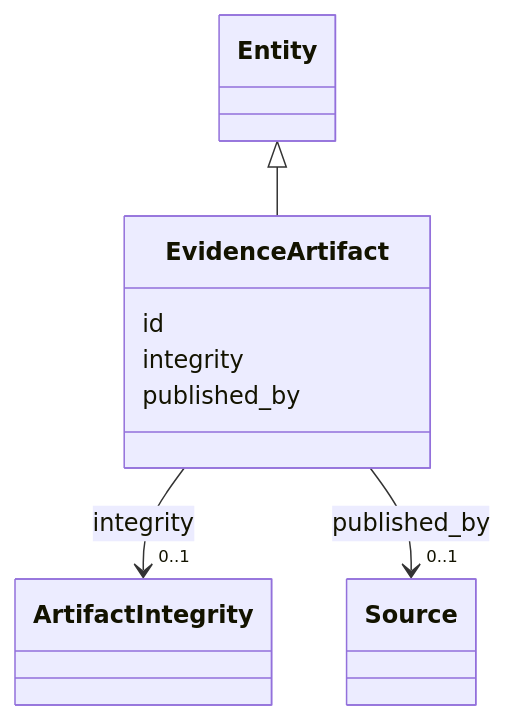
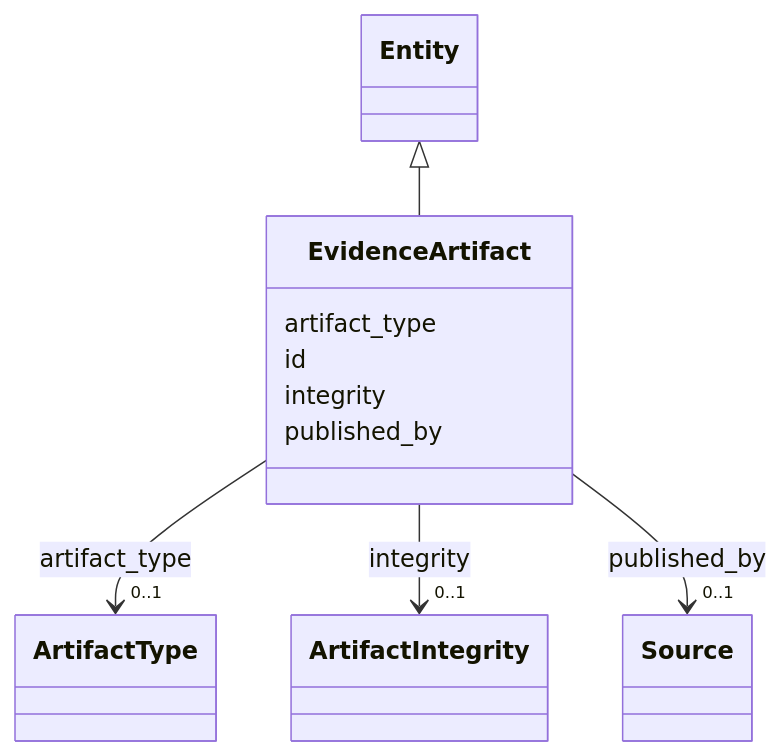
Before and after one commit to SteveVitali/Eleutheria: the diagram in ontology/generated/docs/classes/EvidenceArtifact.md, drawn with Mermaid. The commit also changed other lines of this file and 22 other files, not shown here.

````diff
--- a/ontology/generated/docs/classes/EvidenceArtifact.md
+++ b/ontology/generated/docs/classes/EvidenceArtifact.md
@@ -23,33 +23,44 @@
 ```mermaid
  classDiagram
     class EvidenceArtifact
     click EvidenceArtifact href "../../classes/EvidenceArtifact/"
       Entity <|-- EvidenceArtifact
         click Entity href "../../classes/Entity/"
       
+      EvidenceArtifact : artifact_type
+        
+          
+    
+        
+        
+        EvidenceArtifact --> "0..1" ArtifactType : artifact_type
+        click ArtifactType href "../../enums/ArtifactType/"
+    
+
+        
       EvidenceArtifact : id
         
       EvidenceArtifact : integrity
         
           
     
         
         
         EvidenceArtifact --> "0..1" ArtifactIntegrity : integrity
         click ArtifactIntegrity href "../../enums/ArtifactIntegrity/"
     
 
         
       EvidenceArtifact : published_by
         
           
     
         
         
         EvidenceArtifact --> "0..1" Source : published_by
         click Source href "../../classes/Source/"
     
 
         
       
 ```
````
